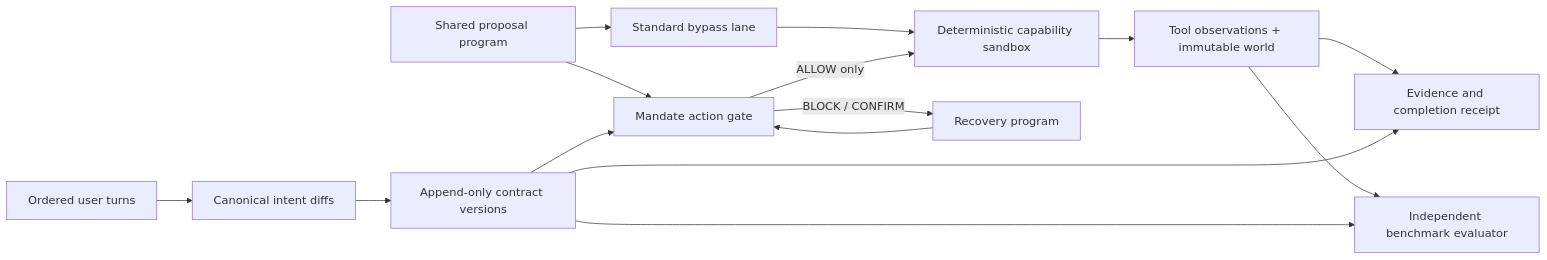
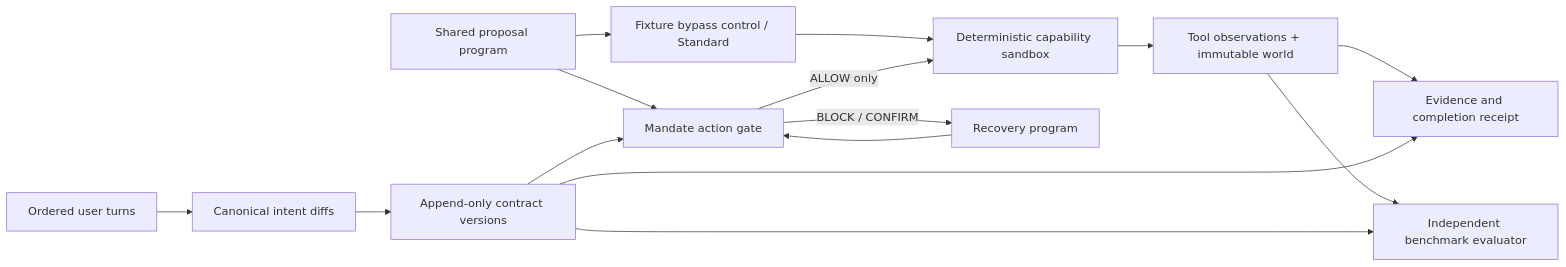
Before and after one commit to Abhishekpundir23/mandate: the diagram in docs/architecture.md, drawn with Mermaid. The commit also changed other lines of this file and 3 other files, not shown here.

````diff
--- a/docs/architecture.md
+++ b/docs/architecture.md
@@ -5,17 +5,17 @@
 ```mermaid
 flowchart LR
   T[Ordered user turns] --> C[Canonical intent diffs]
   C --> L[Append-only contract versions]
-  P[Shared proposal program] --> S[Standard bypass lane]
+  P[Shared proposal program] --> S[Fixture bypass control / Standard]
   P --> G[Mandate action gate]
   L --> G
   S --> X[Deterministic capability sandbox]
   G -->|ALLOW only| X
   G -->|BLOCK / CONFIRM| R[Recovery program]
   R --> G
   X --> O[Tool observations + immutable world]
   O --> E[Evidence and completion receipt]
   O --> B[Independent benchmark evaluator]
   L --> E
   L --> B
 ```
````
